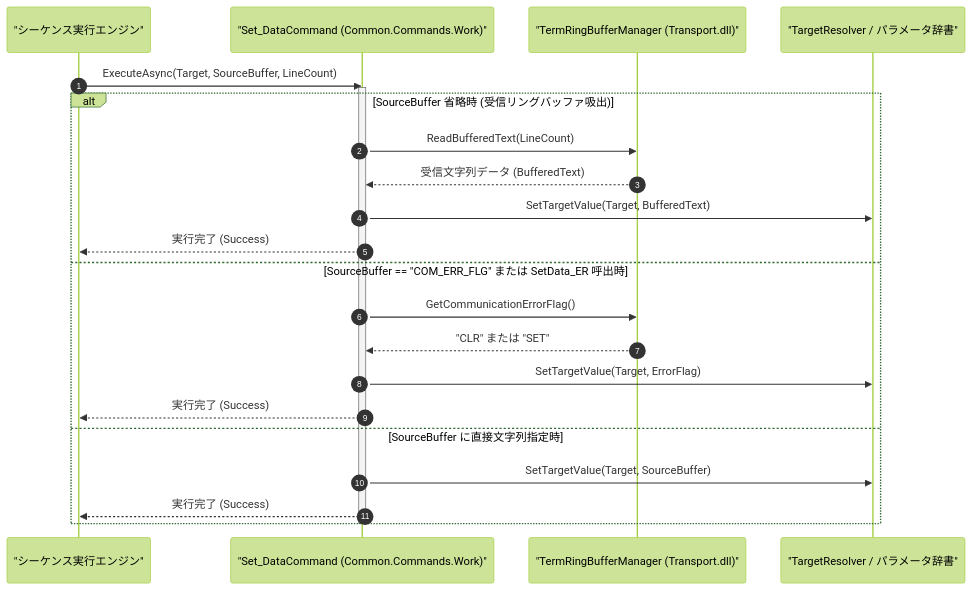
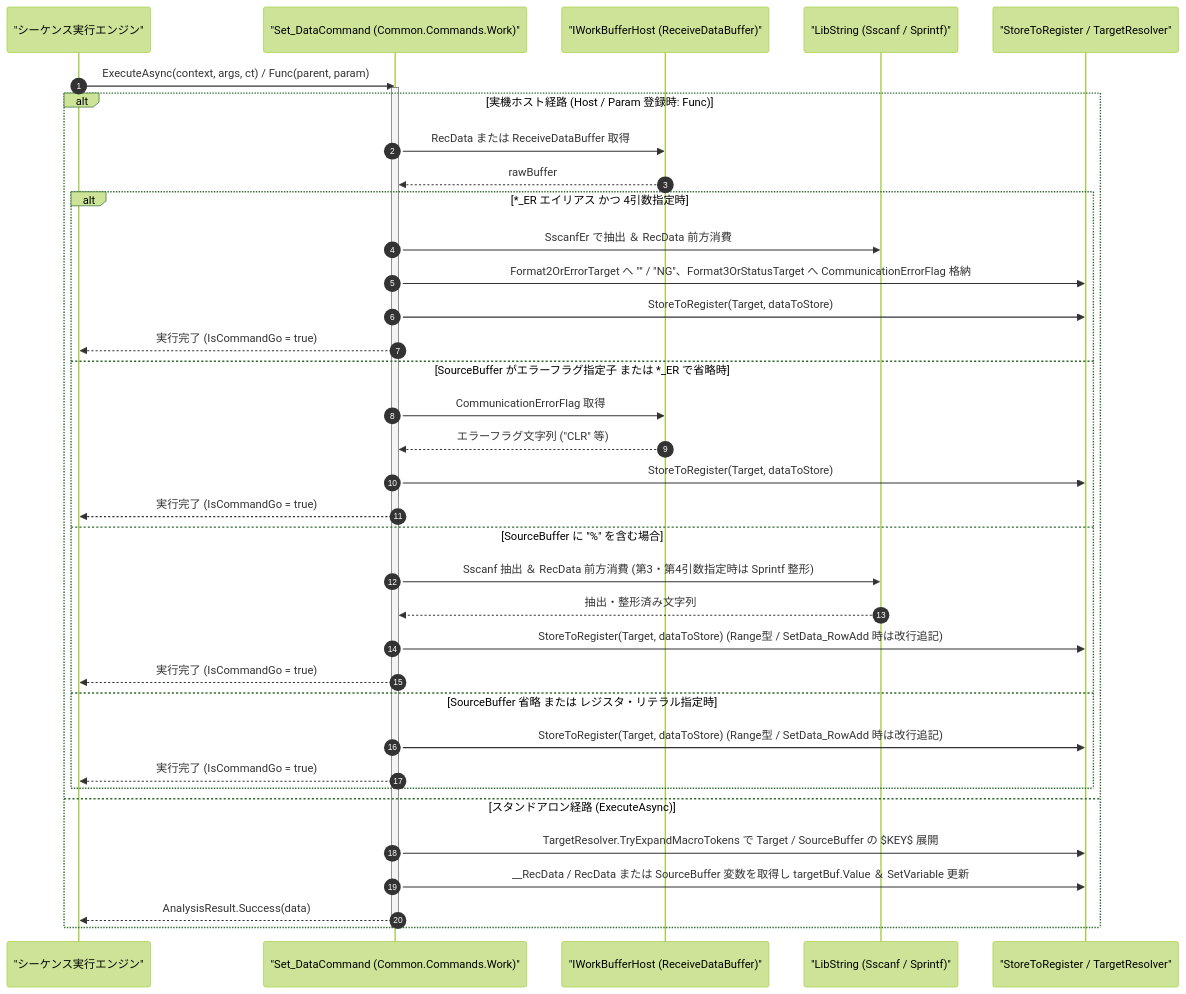
The diagram in Manual/Core/Work/Set_Data.Md (Monaca-App/TermAddIn), drawn with Mermaid (forest theme) before and after one commit. The commit also changed other lines of this file and 157 other files, not shown here.

````diff
--- a/Manual/Core/Work/Set_Data.Md
+++ b/Manual/Core/Work/Set_Data.Md
@@ -69,26 +73,40 @@
 ```mermaid
 sequenceDiagram
     autonumber
     participant Engine as "シーケンス実行エンジン"
     participant Cmd as "Set_DataCommand (Common.Commands.Work)"
-    participant Ring as "TermRingBufferManager (Transport.dll)"
-    participant Target as "TargetResolver / パラメータ辞書"
+    participant Host as "IWorkBufferHost (ReceiveDataBuffer)"
+    participant Fmt as "LibString (Sscanf / Sprintf)"
+    participant Reg as "StoreToRegister / TargetResolver"
 
-    Engine->>Cmd: ExecuteAsync(Target, SourceBuffer, LineCount)
+    Engine->>Cmd: ExecuteAsync(context, args, ct) / Func(parent, param)
     activate Cmd
-    alt SourceBuffer 省略時 (受信リングバッファ吸出)
-        Cmd->>Ring: ReadBufferedText(LineCount)
-        Ring-->>Cmd: 受信文字列データ (BufferedText)
-        Cmd->>Target: SetTargetValue(Target, BufferedText)
-        Cmd-->>Engine: 実行完了 (Success)
-    else SourceBuffer == "COM_ERR_FLG" または SetData_ER 呼出時
-        Cmd->>Ring: GetCommunicationErrorFlag()
-        Ring-->>Cmd: "CLR" または "SET"
-        Cmd->>Target: SetTargetValue(Target, ErrorFlag)
-        Cmd-->>Engine: 実行完了 (Success)
-    else SourceBuffer に直接文字列指定時
-        Cmd->>Target: SetTargetValue(Target, SourceBuffer)
-        Cmd-->>Engine: 実行完了 (Success)
+    alt 実機ホスト経路 (Host / Param 登録時: Func)
+        Cmd->>Host: RecData または ReceiveDataBuffer 取得
+        Host-->>Cmd: rawBuffer
+        alt *_ER エイリアス かつ 4引数指定時
+            Cmd->>Fmt: SscanfEr で抽出 ＆ RecData 前方消費
+            Cmd->>Reg: Format2OrErrorTarget へ "" / "NG"、Format3OrStatusTarget へ CommunicationErrorFlag 格納
+            Cmd->>Reg: StoreToRegister(Target, dataToStore)
+            Cmd-->>Engine: 実行完了 (IsCommandGo = true)
+        else SourceBuffer がエラーフラグ指定子 または *_ER で省略時
+            Cmd->>Host: CommunicationErrorFlag 取得
+            Host-->>Cmd: エラーフラグ文字列 ("CLR" 等)
+            Cmd->>Reg: StoreToRegister(Target, dataToStore)
+            Cmd-->>Engine: 実行完了 (IsCommandGo = true)
+        else SourceBuffer に "%" を含む場合
+            Cmd->>Fmt: Sscanf 抽出 ＆ RecData 前方消費 (第3・第4引数指定時は Sprintf 整形)
+            Fmt-->>Cmd: 抽出・整形済み文字列
+            Cmd->>Reg: StoreToRegister(Target, dataToStore) (Range型 / SetData_RowAdd 時は改行追記)
+            Cmd-->>Engine: 実行完了 (IsCommandGo = true)
+        else SourceBuffer 省略 または レジスタ・リテラル指定時
+            Cmd->>Reg: StoreToRegister(Target, dataToStore) (Range型 / SetData_RowAdd 時は改行追記)
+            Cmd-->>Engine: 実行完了 (IsCommandGo = true)
+        end
+    else スタンドアロン経路 (ExecuteAsync)
+        Cmd->>Reg: TargetResolver.TryExpandMacroTokens で Target / SourceBuffer の $KEY$ 展開
+        Cmd->>Reg: __RecData / RecData または SourceBuffer 変数を取得し targetBuf.Value ＆ SetVariable 更新
+        Cmd-->>Engine: AnalysisResult.Success(data)
     end
     deactivate Cmd
 ```
````
